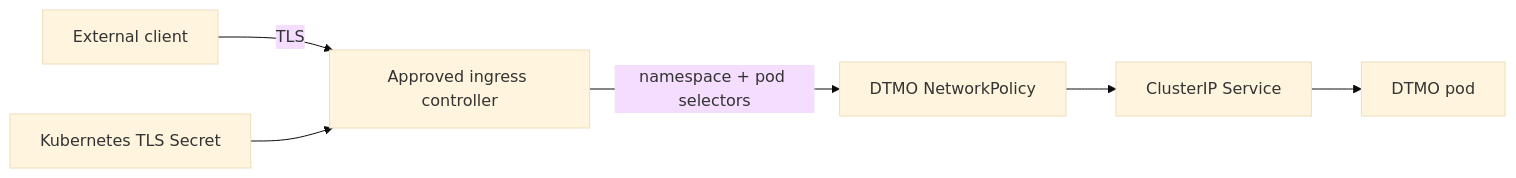
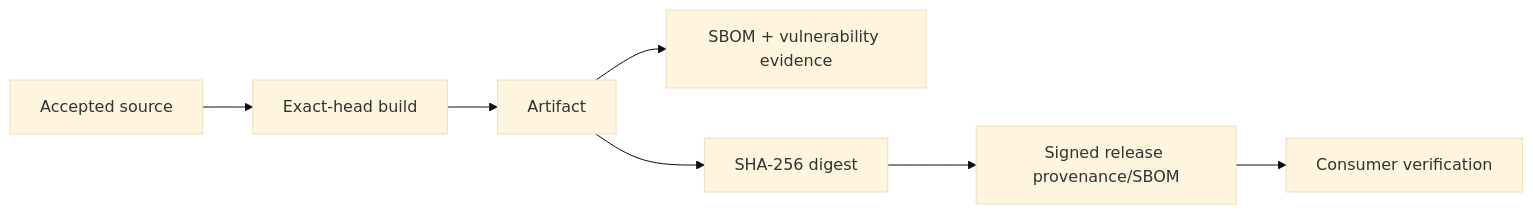
The diagram in docs/project/PRODUCTION_READINESS_REPORT.md (GJvManen/dtmo), drawn with Mermaid (base theme) before and after one commit. The commit also changed other lines of this file, not shown here.

````diff
--- a/docs/project/PRODUCTION_READINESS_REPORT.md
+++ b/docs/project/PRODUCTION_READINESS_REPORT.md
@@ -46,8 +37,9 @@
 ```mermaid
 flowchart LR
-    C[External client] -->|TLS| I[Approved ingress controller]
-    T[Kubernetes TLS Secret] --> I
-    I -->|namespace + pod selectors| N[DTMO NetworkPolicy]
-    N --> S[ClusterIP Service]
-    S --> P[DTMO pod]
+    S[Accepted source] --> B[Exact-head build]
+    B --> A[Artifact]
+    A --> E[SBOM + vulnerability evidence]
+    A --> H[SHA-256 digest]
+    H --> P[Signed release provenance/SBOM]
+    P --> V[Consumer verification]
 ```
````
